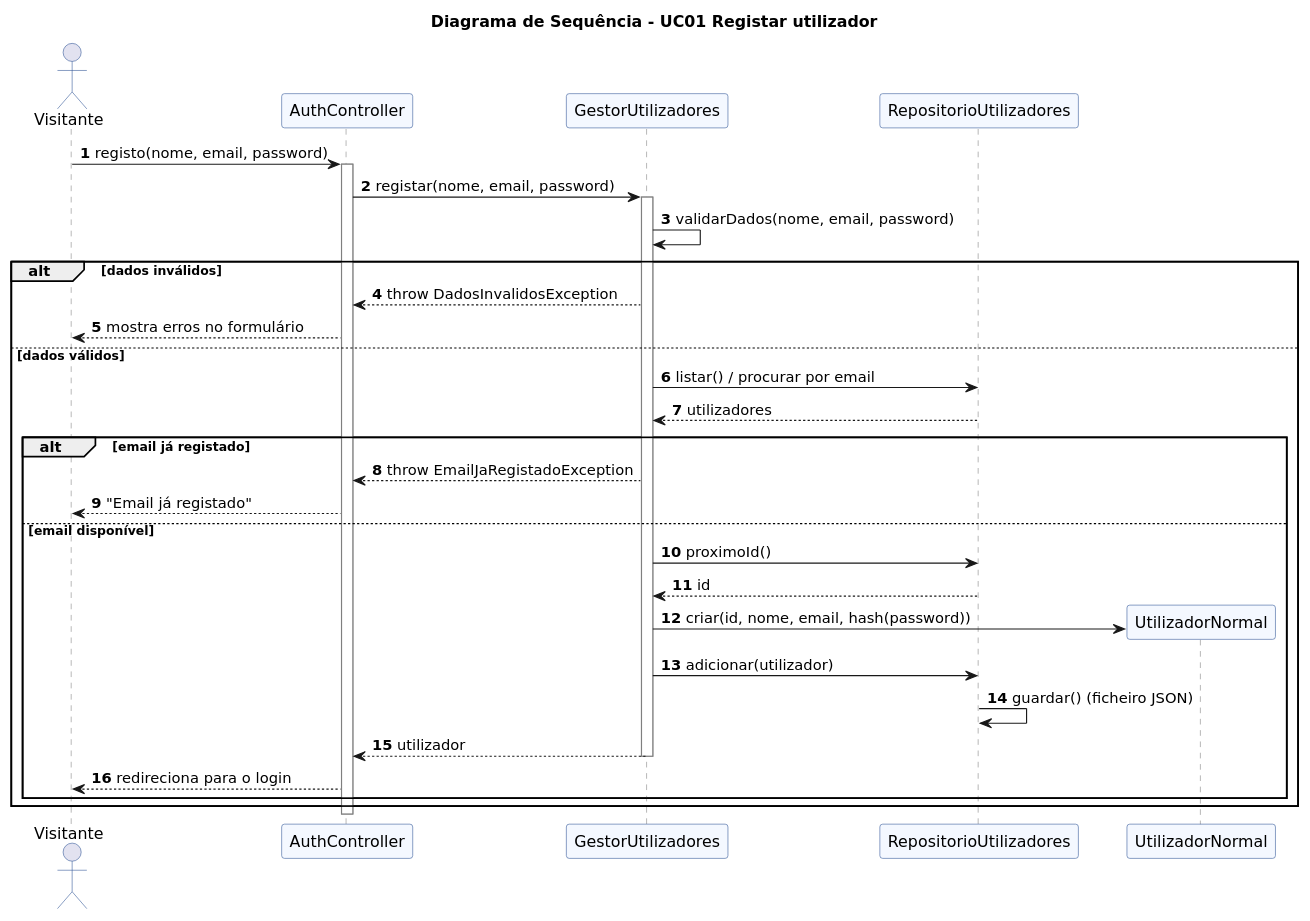
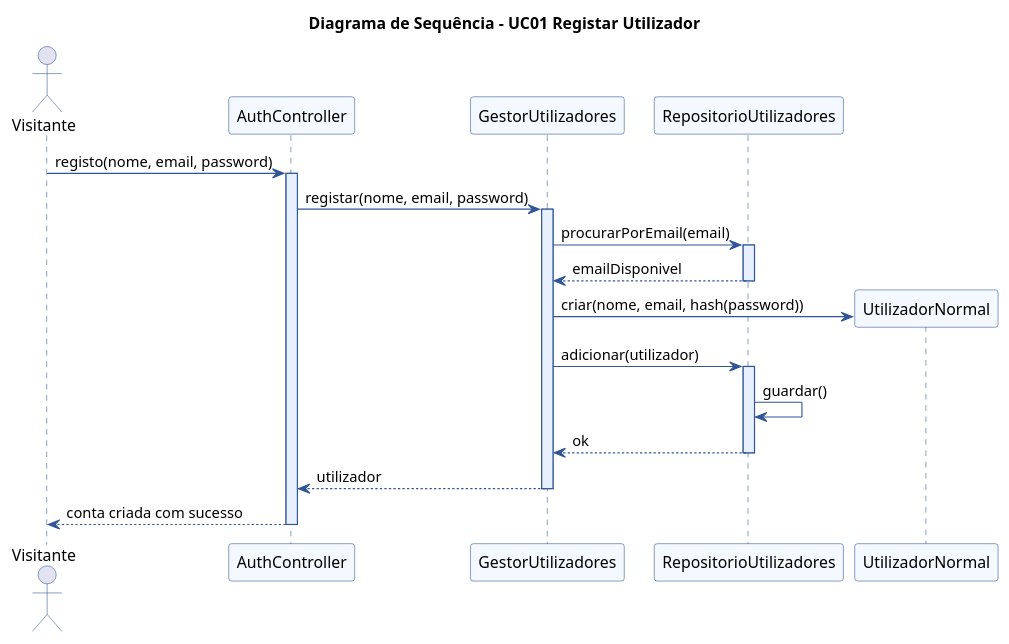
Before and after one commit to SilvaCDC297/ProjetoPOO: the diagram in DA_JS_LP/E1/06_sequencia_registo.puml, drawn with PlantUML. The commit also changed 16 other files, not shown here.

```diff
--- a/DA_JS_LP/E1/06_sequencia_registo.puml
+++ b/DA_JS_LP/E1/06_sequencia_registo.puml
@@ -1,44 +1,45 @@
 @startuml
-title Diagrama de Sequência – UC01 Registar utilizador
+title Diagrama de Sequência – UC01 Registar Utilizador
 skinparam shadowing false
-skinparam defaultFontName DejaVu Sans
+skinparam defaultFontName "Segoe UI"
 skinparam sequence {
   ParticipantBackgroundColor #F4F8FF
   ParticipantBorderColor #2F5597
   ActorBorderColor #2F5597
-  LifeLineBorderColor #7F7F7F
+  LifeLineBorderColor #2F5597
+  LifeLineBackgroundColor #E8F0FE
+  ArrowColor #2F5597
 }
-autonumber
+
 actor Visitante
 participant AuthController
 participant GestorUtilizadores
 participant RepositorioUtilizadores
 participant UtilizadorNormal
 
 Visitante -> AuthController : registo(nome, email, password)
 activate AuthController
+
 AuthController -> GestorUtilizadores : registar(nome, email, password)
 activate GestorUtilizadores
-GestorUtilizadores -> GestorUtilizadores : validarDados(nome, email, password)
-alt dados inválidos
-  GestorUtilizadores --> AuthController : throw DadosInvalidosException
-  AuthController --> Visitante : mostra erros no formulário
-else dados válidos
-  GestorUtilizadores -> RepositorioUtilizadores : listar() / procurar por email
-  RepositorioUtilizadores --> GestorUtilizadores : utilizadores
-  alt email já registado
-    GestorUtilizadores --> AuthController : throw EmailJaRegistadoException
-    AuthController --> Visitante : "Email já registado"
-  else email disponível
-    GestorUtilizadores -> RepositorioUtilizadores : proximoId()
-    RepositorioUtilizadores --> GestorUtilizadores : id
-    GestorUtilizadores -> UtilizadorNormal ** : criar(id, nome, email, hash(password))
-    GestorUtilizadores -> RepositorioUtilizadores : adicionar(utilizador)
-    RepositorioUtilizadores -> RepositorioUtilizadores : guardar() (ficheiro JSON)
-    GestorUtilizadores --> AuthController : utilizador
-    deactivate GestorUtilizadores
-    AuthController --> Visitante : redireciona para o login
-  end
-end
+
+GestorUtilizadores -> RepositorioUtilizadores : procurarPorEmail(email)
+activate RepositorioUtilizadores
+RepositorioUtilizadores --> GestorUtilizadores : emailDisponivel
+deactivate RepositorioUtilizadores
+
+GestorUtilizadores -> UtilizadorNormal ** : criar(nome, email, hash(password))
+
+GestorUtilizadores -> RepositorioUtilizadores : adicionar(utilizador)
+activate RepositorioUtilizadores
+RepositorioUtilizadores -> RepositorioUtilizadores : guardar()
+RepositorioUtilizadores --> GestorUtilizadores : ok
+deactivate RepositorioUtilizadores
+
+GestorUtilizadores --> AuthController : utilizador
+deactivate GestorUtilizadores
+
+AuthController --> Visitante : conta criada com sucesso
 deactivate AuthController
+
 @enduml
```
